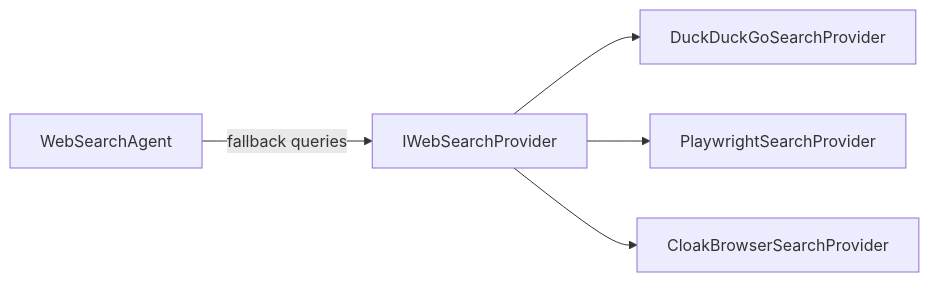
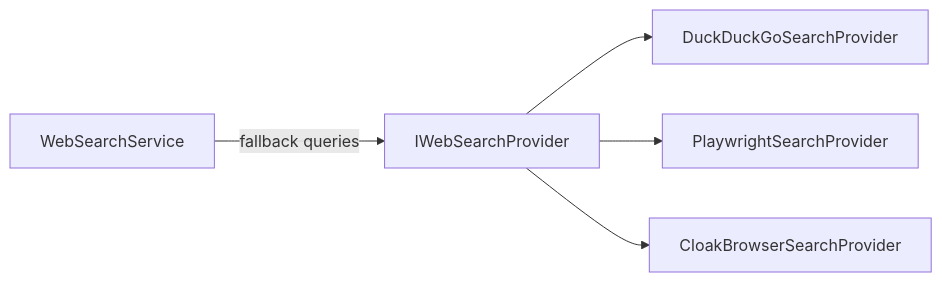
The diagram in docs/search/overview.md (AlexNek/WebTools.NET), drawn with Mermaid before and after one commit. The commit also changed other lines of this file and 86 other files, not shown here.

````diff
--- a/docs/search/overview.md
+++ b/docs/search/overview.md
@@ -6,7 +6,7 @@
 ```mermaid
 graph LR
-    A[WebSearchAgent] -->|fallback queries| B[IWebSearchProvider]
+    A[WebSearchService] -->|fallback queries| B[IWebSearchProvider]
     B --> C[DuckDuckGoSearchProvider]
     B --> D[PlaywrightSearchProvider]
     B --> E[CloakBrowserSearchProvider]
 ```
````
